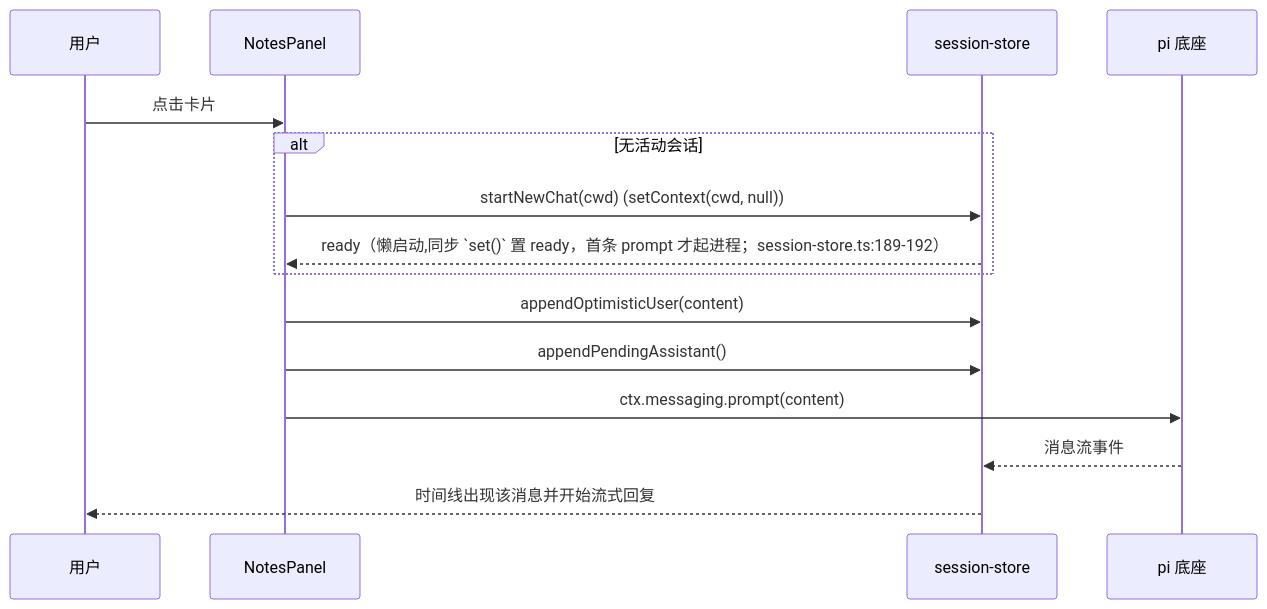
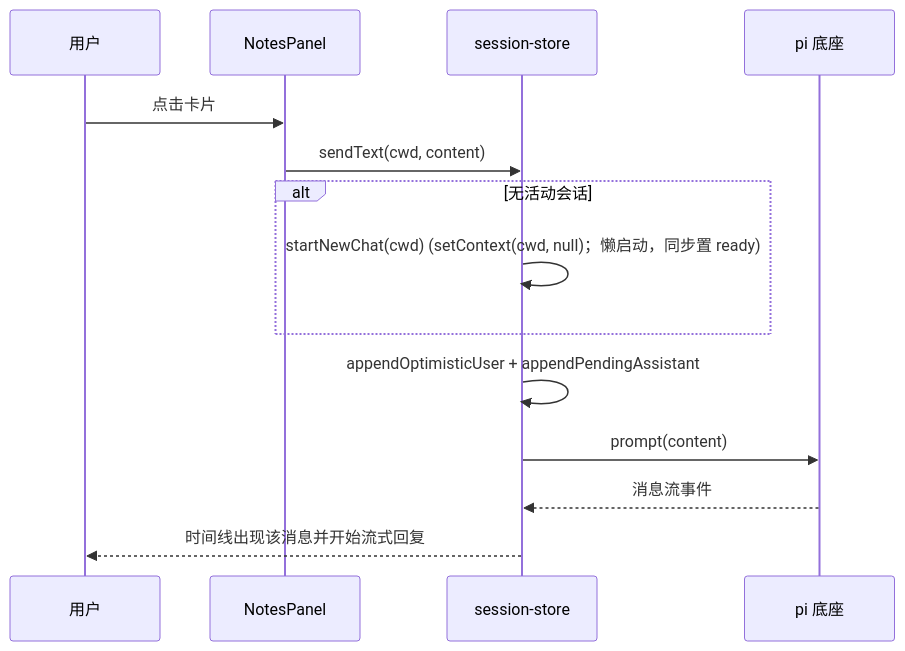
The second of 2 diagrams in docs/design/note-plugin.md (GOODDAYDAY/my-harness-desktop), drawn with Mermaid before and after one commit. The commit also changed other lines of this file and 3 other files, not shown here.

````diff
--- a/docs/design/note-plugin.md
+++ b/docs/design/note-plugin.md
@@ -120,17 +120,16 @@
 ```mermaid
 sequenceDiagram
     participant U as 用户
     participant P as NotesPanel
     participant S as session-store
     participant K as pi 底座
     U->>P: 点击卡片
+    P->>S: sendText(cwd, content)
     alt 无活动会话
-        P->>S: startNewChat(cwd)  (setContext(cwd, null))
-        S-->>P: ready（懒启动,同步 `set()` 置 ready，首条 prompt 才起进程；session-store.ts:189-192）
+        S->>S: startNewChat(cwd)  (setContext(cwd, null)；懒启动，同步置 ready)
     end
-    P->>S: appendOptimisticUser(content)
-    P->>S: appendPendingAssistant()
-    P->>K: ctx.messaging.prompt(content)
+    S->>S: appendOptimisticUser + appendPendingAssistant
+    S->>K: prompt(content)
     K-->>S: 消息流事件
     S-->>U: 时间线出现该消息并开始流式回复
 ```
````
